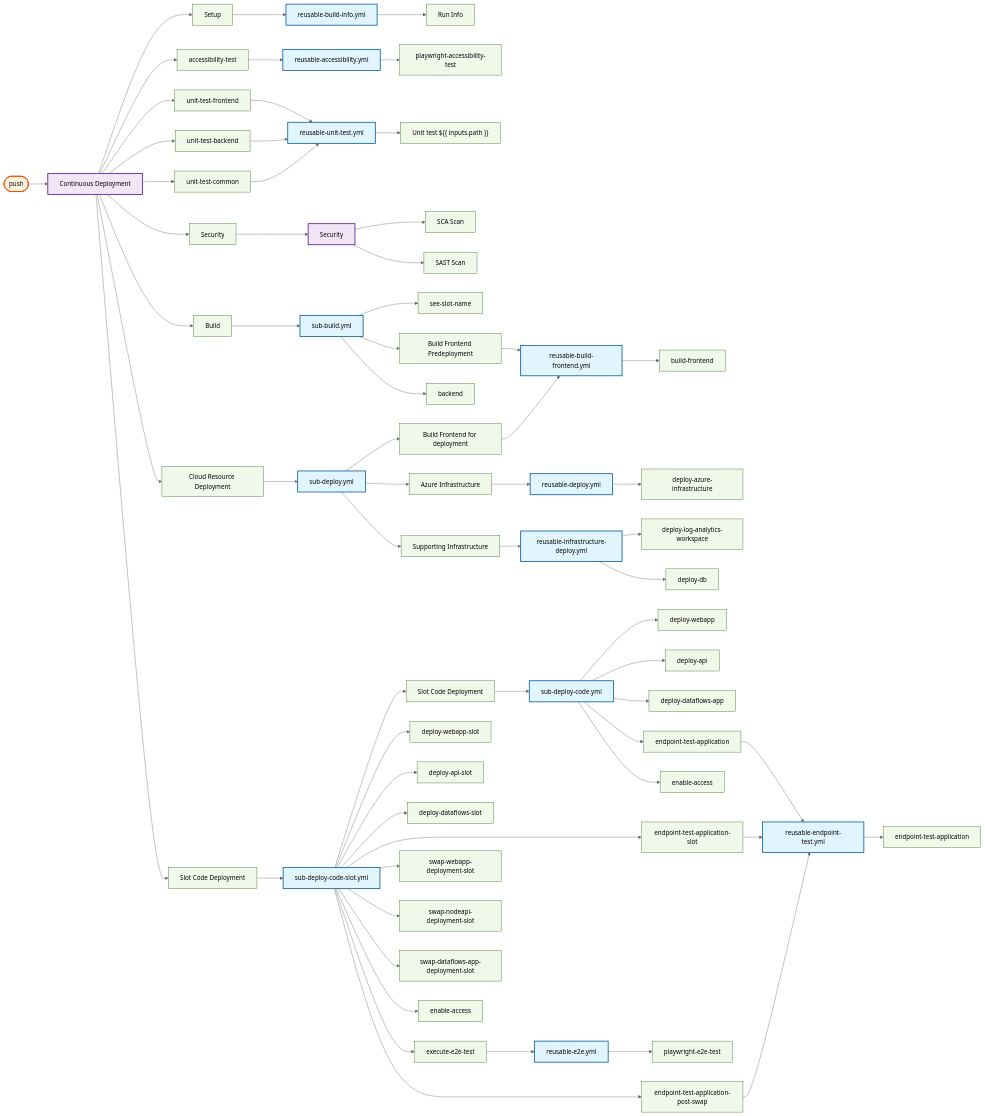
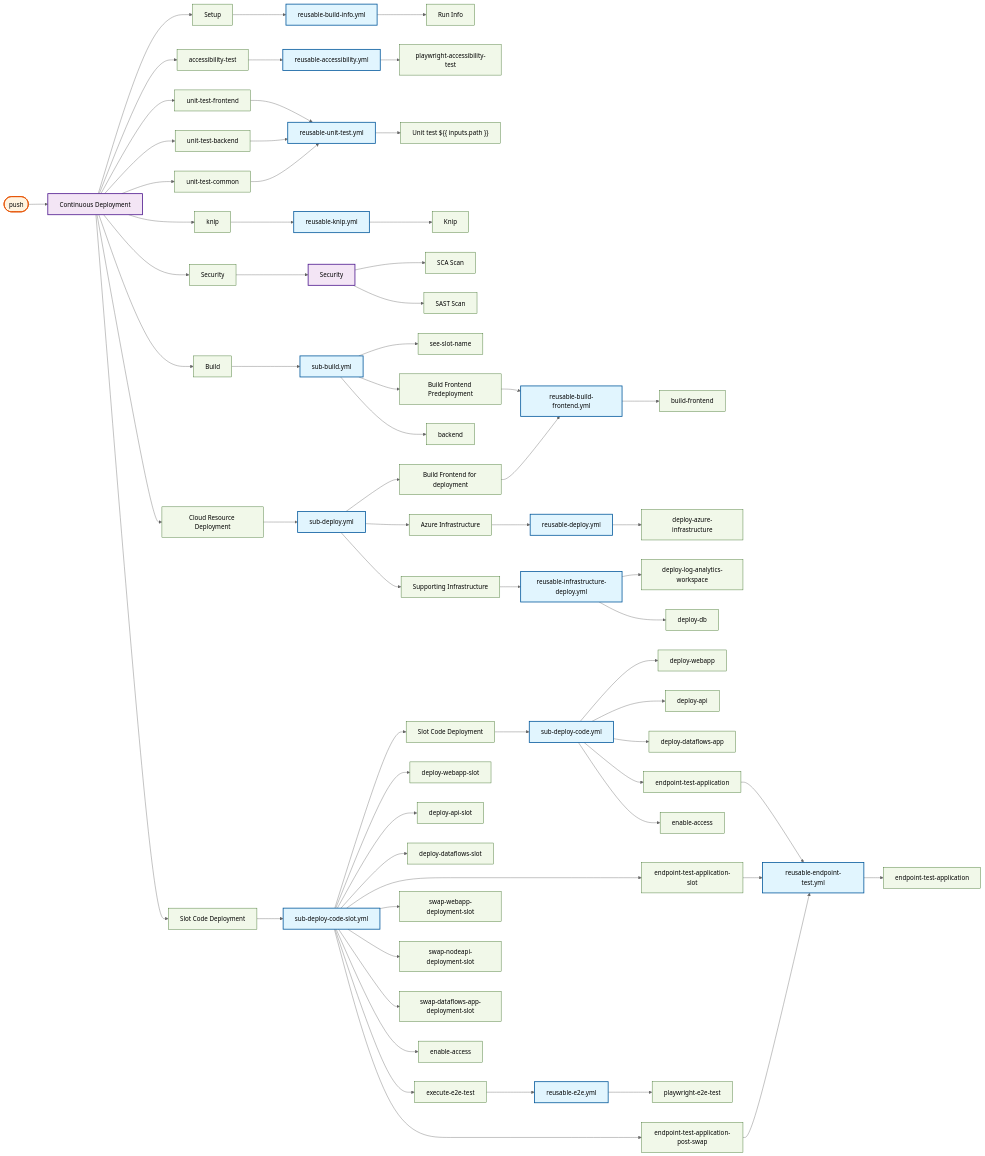
One commit to US-Trustee-Program/Bankruptcy-Oversight-Support-Systems changed the sixth of 21 diagrams in docs/operations/workflow-diagram.md. Above: the diagram before and after it, drawn with Mermaid (neutral theme). The commit also changed other lines of this file and 3 other files, not shown here.

```diff
--- a/docs/operations/workflow-diagram.md
+++ b/docs/operations/workflow-diagram.md
@@ -94,6 +94,9 @@
     reusable_unit_test_yml_unit_test["Unit test ${{ inputs.path }}"]
     continuous_deployment_yml_unit_test_backend["unit-test-backend"]
     continuous_deployment_yml_unit_test_common["unit-test-common"]
+    continuous_deployment_yml_knip["knip"]
+    reusable_knip_yml["reusable-knip.yml"]
+    reusable_knip_yml_knip["Knip"]
     continuous_deployment_yml_security_scan["Security"]
     sub_security_scan_yml["Security"]
     sub_security_scan_yml_sca_scan["SCA Scan"]
@@ -153,6 +156,9 @@
     continuous_deployment_yml_unit_test_backend --> reusable_unit_test_yml
     continuous_deployment_yml --> continuous_deployment_yml_unit_test_common
     continuous_deployment_yml_unit_test_common --> reusable_unit_test_yml
+    continuous_deployment_yml --> continuous_deployment_yml_knip
+    reusable_knip_yml --> reusable_knip_yml_knip
+    continuous_deployment_yml_knip --> reusable_knip_yml
     continuous_deployment_yml --> continuous_deployment_yml_security_scan
     sub_security_scan_yml --> sub_security_scan_yml_sca_scan
     sub_security_scan_yml --> sub_security_scan_yml_sast_scan
@@ -219,6 +225,9 @@
     class reusable_unit_test_yml_unit_test job
     class continuous_deployment_yml_unit_test_backend job
     class continuous_deployment_yml_unit_test_common job
+    class continuous_deployment_yml_knip job
+    class reusable_knip_yml reusable
+    class reusable_knip_yml_knip job
     class continuous_deployment_yml_security_scan job
     class sub_security_scan_yml mainWorkflow
     class sub_security_scan_yml_sca_scan job
```
